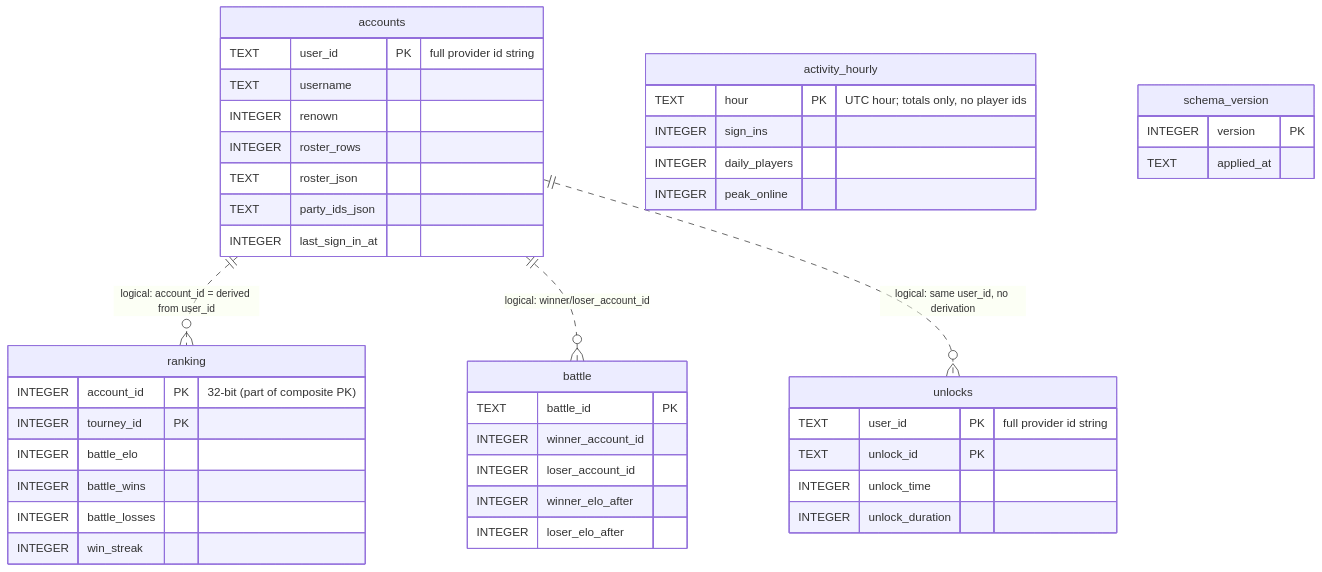
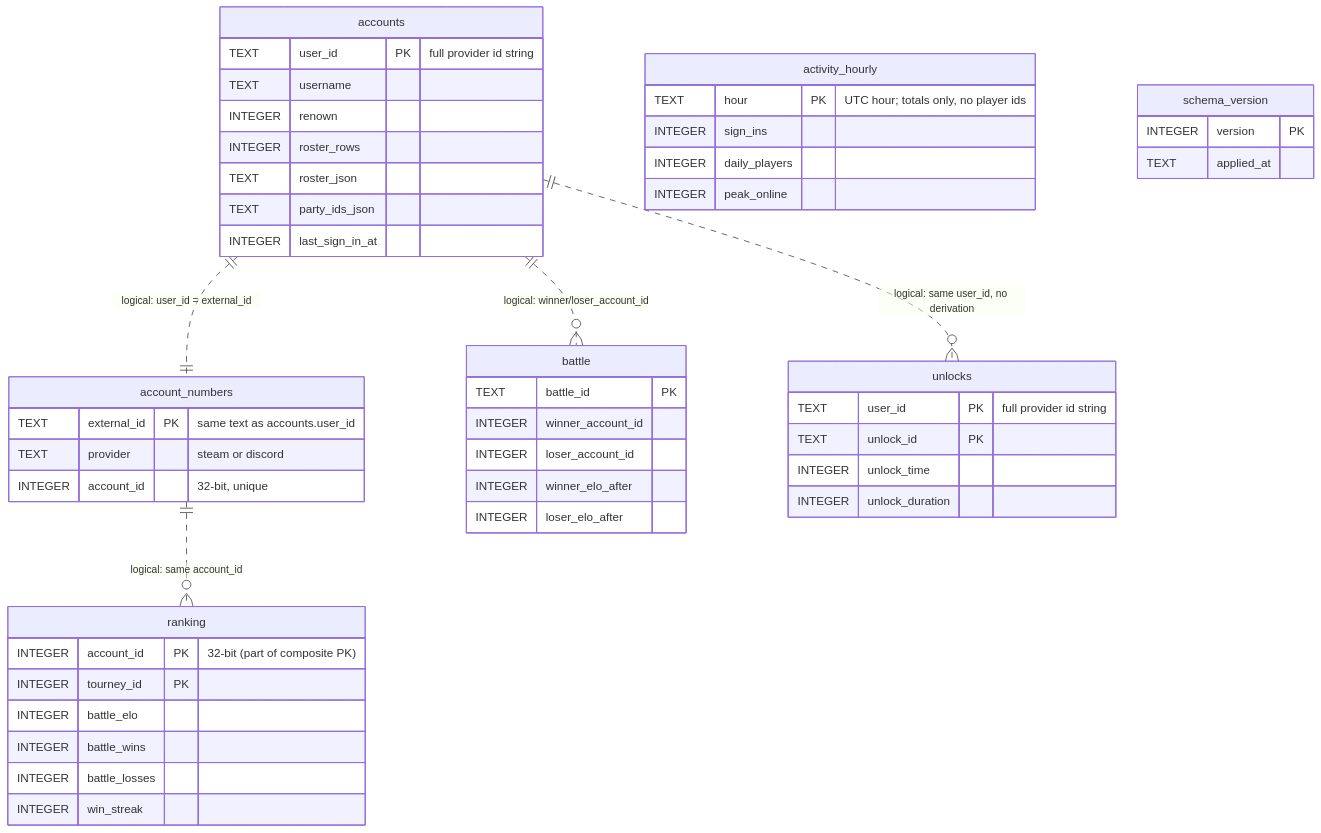
One commit to Banner-Saga-Factions/BSF-Custom-Server changed the diagram in bsf-server/docs/database-schema.md. Above: the diagram before and after it, drawn with Mermaid. The commit also changed other lines of this file and 21 other files, not shown here.

````diff
--- a/bsf-server/docs/database-schema.md
+++ b/bsf-server/docs/database-schema.md
@@ -11,46 +11,52 @@
 ```mermaid
 erDiagram
     accounts {
         TEXT    user_id PK "full provider id string"
         TEXT    username
         INTEGER renown
         INTEGER roster_rows
         TEXT    roster_json
         TEXT    party_ids_json
         INTEGER last_sign_in_at
+    }
+    account_numbers {
+        TEXT    external_id PK "same text as accounts.user_id"
+        TEXT    provider "steam or discord"
+        INTEGER account_id "32-bit, unique"
     }
     ranking {
         INTEGER account_id PK "32-bit (part of composite PK)"
         INTEGER tourney_id PK
         INTEGER battle_elo
         INTEGER battle_wins
         INTEGER battle_losses
         INTEGER win_streak
     }
     battle {
         TEXT    battle_id PK
         INTEGER winner_account_id
         INTEGER loser_account_id
         INTEGER winner_elo_after
         INTEGER loser_elo_after
     }
     unlocks {
         TEXT    user_id PK "full provider id string"
         TEXT    unlock_id PK
         INTEGER unlock_time
         INTEGER unlock_duration
     }
     activity_hourly {
         TEXT    hour PK "UTC hour; totals only, no player ids"
         INTEGER sign_ins
         INTEGER daily_players
         INTEGER peak_online
     }
     schema_version {
         INTEGER version PK
         TEXT    applied_at
     }
-    accounts ||..o{ ranking : "logical: account_id = derived from user_id"
+    accounts ||..|| account_numbers : "logical: user_id = external_id"
+    account_numbers ||..o{ ranking : "logical: same account_id"
     accounts ||..o{ battle  : "logical: winner/loser_account_id"
     accounts ||..o{ unlocks : "logical: same user_id, no derivation"
 ```
````
